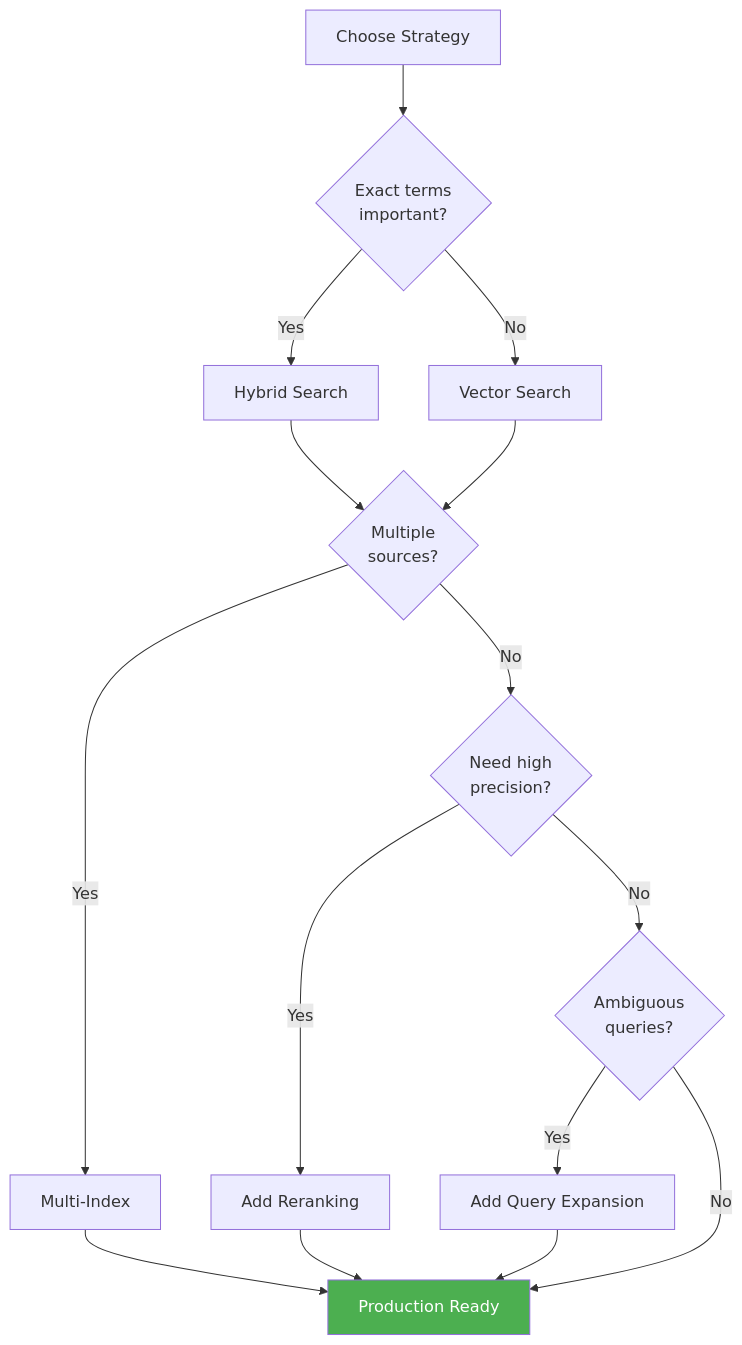
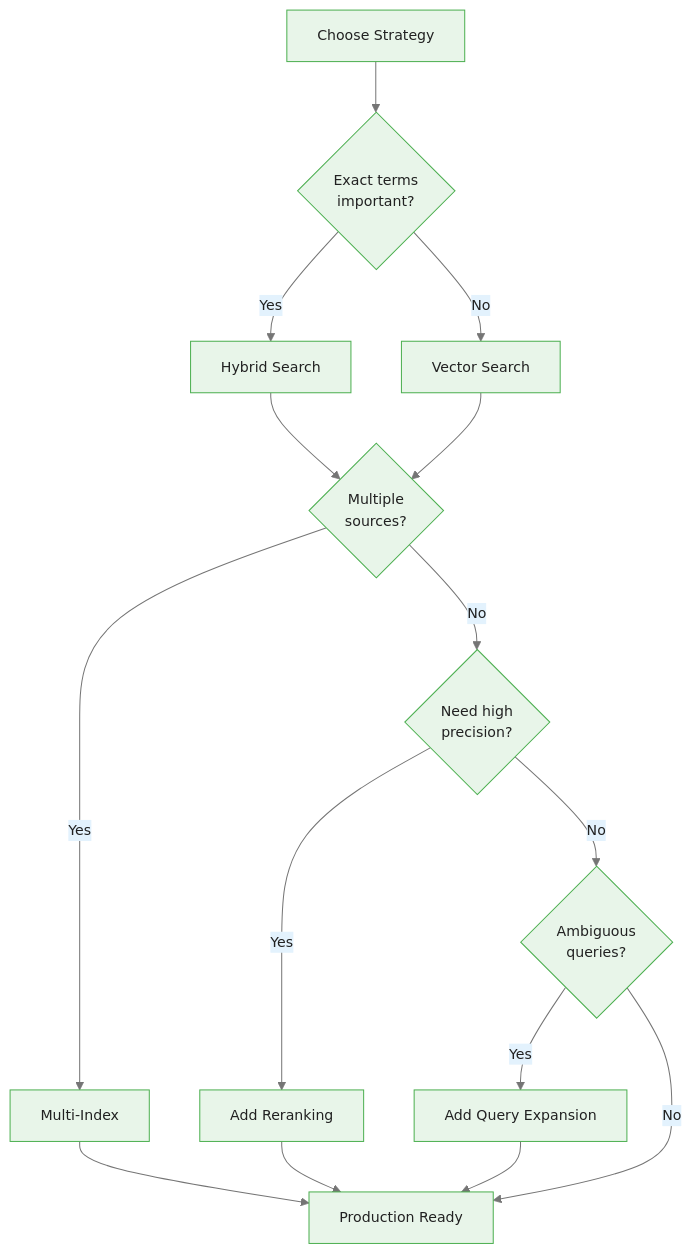
One commit to m-deane/course-creator changed the seventh of 7 diagrams in courses/dataiku-genai/modules/module_02_rag/guides/02_retrieval_strategies_slides.md. Above: the diagram before and after it, drawn with Mermaid. The commit also changed other lines of this file and 54 other files, not shown here.

````diff
--- a/courses/dataiku-genai/modules/module_02_rag/guides/02_retrieval_strategies_slides.md
+++ b/courses/dataiku-genai/modules/module_02_rag/guides/02_retrieval_strategies_slides.md
@@ -531,24 +548,23 @@
 ```mermaid
+%%{init: {"theme": "base", "themeVariables": {"primaryColor": "#e8f5e9", "primaryBorderColor": "#4caf50", "primaryTextColor": "#212121", "secondaryColor": "#e3f2fd", "tertiaryColor": "#fff8e1", "lineColor": "#757575", "fontFamily": "Inter, sans-serif", "fontSize": "14px"}}}%%
 flowchart TD
     START[Choose Strategy] --> Q1{Exact terms<br/>important?}
     Q1 -->|Yes| HYB[Hybrid Search]
     Q1 -->|No| VEC[Vector Search]
 
     HYB --> Q2{Multiple<br/>sources?}
     VEC --> Q2
 
     Q2 -->|Yes| MULTI[Multi-Index]
     Q2 -->|No| Q3{Need high<br/>precision?}
 
     Q3 -->|Yes| RERANK[Add Reranking]
     Q3 -->|No| Q4{Ambiguous<br/>queries?}
 
     Q4 -->|Yes| EXPAND[Add Query Expansion]
     Q4 -->|No| DONE[Production Ready]
 
     MULTI --> DONE
     RERANK --> DONE
     EXPAND --> DONE
-
-    style DONE fill:#4CAF50,color:#fff
 ```
````
